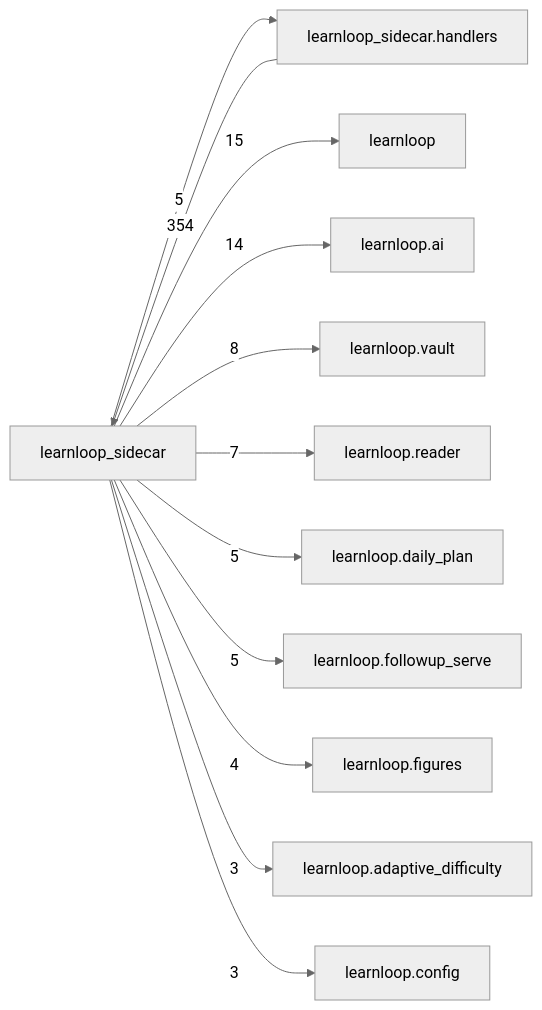
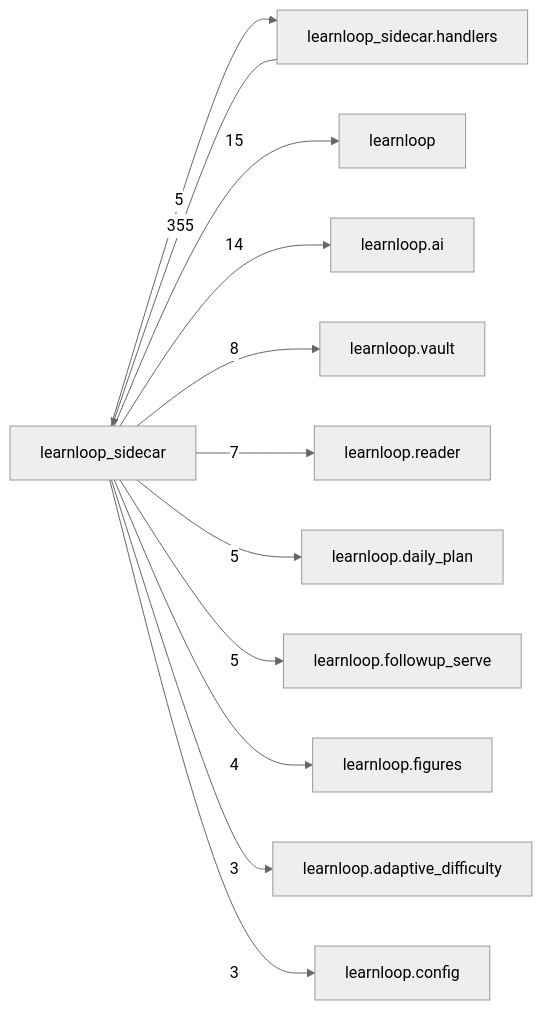
The diagram in docs/learnloop-architecture-vault/Reference/Modules/learnloop_sidecar/_package.md (6up-b/learnanything), drawn with Mermaid (neutral theme) before and after one commit. The commit also changed other lines of this file and 46 other files, not shown here.

````diff
--- a/docs/learnloop-architecture-vault/Reference/Modules/learnloop_sidecar/_package.md
+++ b/docs/learnloop-architecture-vault/Reference/Modules/learnloop_sidecar/_package.md
@@ -133,25 +133,25 @@
 ```mermaid
 flowchart LR
     center["learnloop_sidecar"]
     n_learnloop_sidecar_handlers["learnloop_sidecar.handlers"]
     n_learnloop["learnloop"]
     n_learnloop_ai["learnloop.ai"]
     n_learnloop_vault["learnloop.vault"]
     n_learnloop_reader["learnloop.reader"]
     n_learnloop_daily_plan["learnloop.daily_plan"]
     n_learnloop_followup_serve["learnloop.followup_serve"]
     n_learnloop_figures["learnloop.figures"]
     n_learnloop_adaptive_difficulty["learnloop.adaptive_difficulty"]
     n_learnloop_config["learnloop.config"]
-    n_learnloop_sidecar_handlers -->|354| center
+    n_learnloop_sidecar_handlers -->|355| center
     center -->|5| n_learnloop_sidecar_handlers
     center -->|15| n_learnloop
     center -->|14| n_learnloop_ai
     center -->|8| n_learnloop_vault
     center -->|7| n_learnloop_reader
     center -->|5| n_learnloop_daily_plan
     center -->|5| n_learnloop_followup_serve
     center -->|4| n_learnloop_figures
     center -->|3| n_learnloop_adaptive_difficulty
     center -->|3| n_learnloop_config
 ```
````
